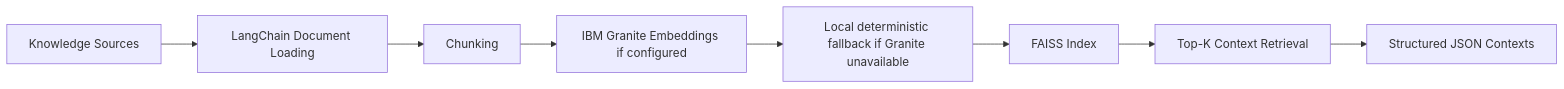
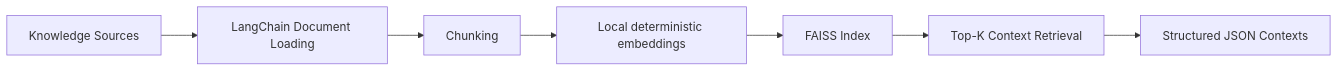
The diagram in ai_service/docs/rag_pipeline.md (khanakbhatia/Guradians-of-the-Slums), drawn with Mermaid before and after one commit. The commit also changed other lines of this file and 37 other files, not shown here.

````diff
--- a/ai_service/docs/rag_pipeline.md
+++ b/ai_service/docs/rag_pipeline.md
@@ -17,10 +17,9 @@
 ```mermaid
 flowchart LR
     sources["Knowledge Sources"] --> loader["LangChain Document Loading"]
     loader --> chunks["Chunking"]
-    chunks --> embeddings["IBM Granite Embeddings if configured"]
-    embeddings --> fallback["Local deterministic fallback if Granite unavailable"]
-    fallback --> faiss["FAISS Index"]
+    chunks --> embeddings["Local deterministic embeddings"]
+    embeddings --> faiss["FAISS Index"]
     faiss --> retrieval["Top-K Context Retrieval"]
     retrieval --> json["Structured JSON Contexts"]
 ```
````
